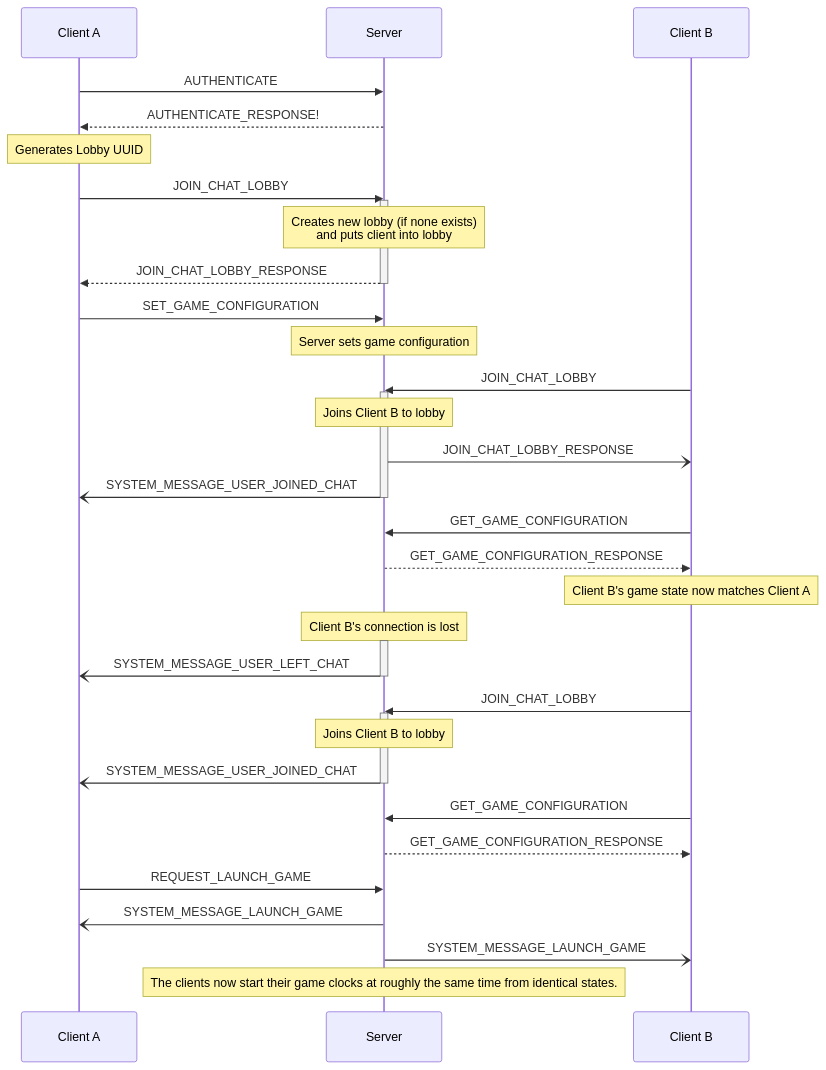
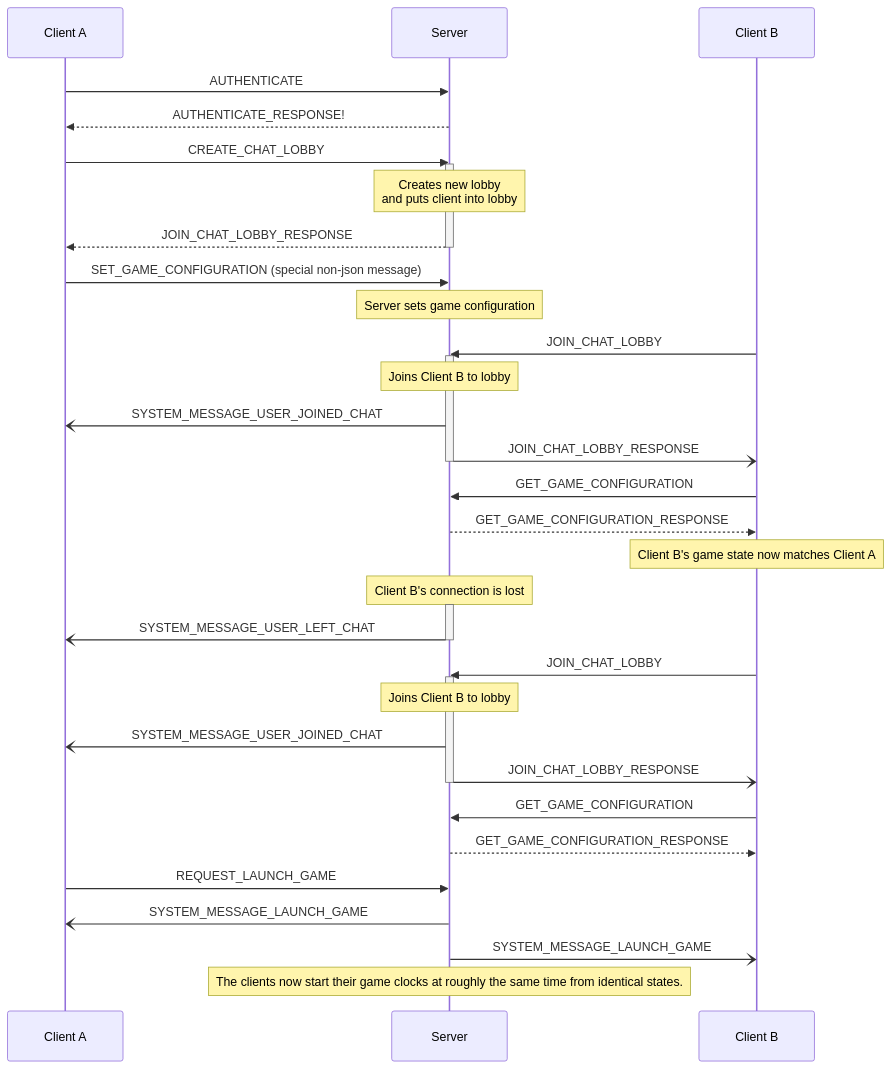
Before and after one commit to TriNetCo/pax-imperia-web: the first of 2 diagrams in docs/networking/chat.md, drawn with Mermaid. The commit also changed other lines of this file, not shown here.

Commit message:
fixes bug in sequence diagram

````diff
--- a/docs/networking/chat.md
+++ b/docs/networking/chat.md
@@ -23,49 +24,49 @@
 ```mermaid
 sequenceDiagram
     participant a as Client A
     participant s as Server
     participant b as Client B
 
     a->>s: AUTHENTICATE
     s-->>a: AUTHENTICATE_RESPONSE!
 
-    note over a: Generates Lobby UUID
-    a->>s: JOIN_CHAT_LOBBY
+    a->>s: CREATE_CHAT_LOBBY
     activate s
-    note over s: Creates new lobby (if none exists) <br> and puts client into lobby
+    note over s: Creates new lobby <br> and puts client into lobby
     s-->>a:  JOIN_CHAT_LOBBY_RESPONSE
     deactivate s
-    a->>s: SET_GAME_CONFIGURATION
+    a->>s: SET_GAME_CONFIGURATION (special non-json message)
     note over s: Server sets game configuration
 
     b->>s: JOIN_CHAT_LOBBY
     activate s
     note over s: Joins Client B to lobby
+    s-)a: SYSTEM_MESSAGE_USER_JOINED_CHAT
     s-)b: JOIN_CHAT_LOBBY_RESPONSE
-    s-)a: SYSTEM_MESSAGE_USER_JOINED_CHAT
     deactivate s
 
     b->>s: GET_GAME_CONFIGURATION
     s-->>b: GET_GAME_CONFIGURATION_RESPONSE
     note over b: Client B's game state now matches Client A
 
     note over s: Client B's connection is lost
     activate s
     s-)a: SYSTEM_MESSAGE_USER_LEFT_CHAT
     deactivate s
 
     b->>s: JOIN_CHAT_LOBBY
     activate s
     note over s: Joins Client B to lobby
     s-)a: SYSTEM_MESSAGE_USER_JOINED_CHAT
+    s-)b: JOIN_CHAT_LOBBY_RESPONSE
     deactivate s
 
     b->>s: GET_GAME_CONFIGURATION
     s-->>b: GET_GAME_CONFIGURATION_RESPONSE
 
     a->>s: REQUEST_LAUNCH_GAME
     s-)a: SYSTEM_MESSAGE_LAUNCH_GAME
     s-)b: SYSTEM_MESSAGE_LAUNCH_GAME
 
     note over s: The clients now start their game clocks at roughly the same time from identical states.
 ```
````
